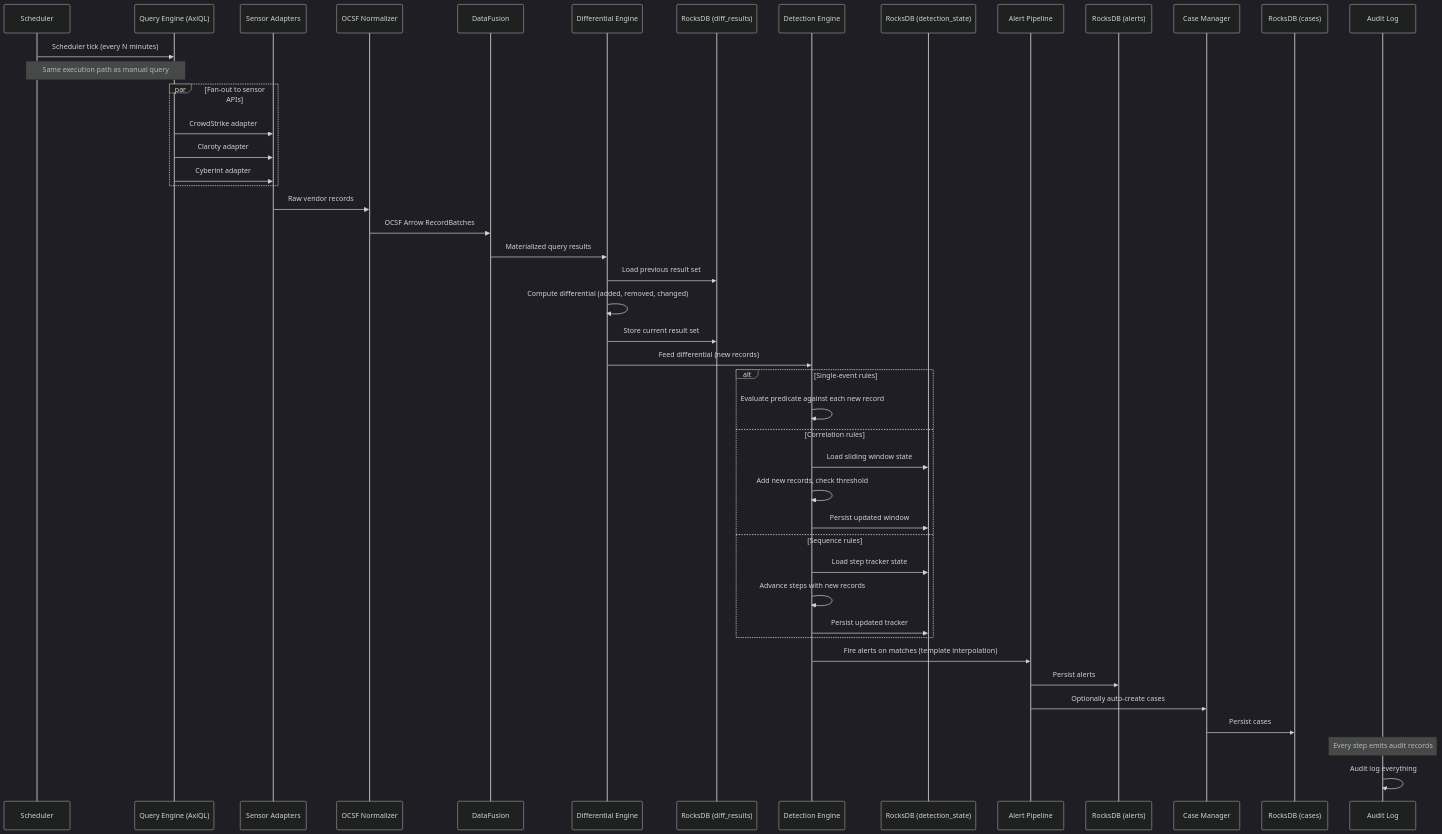
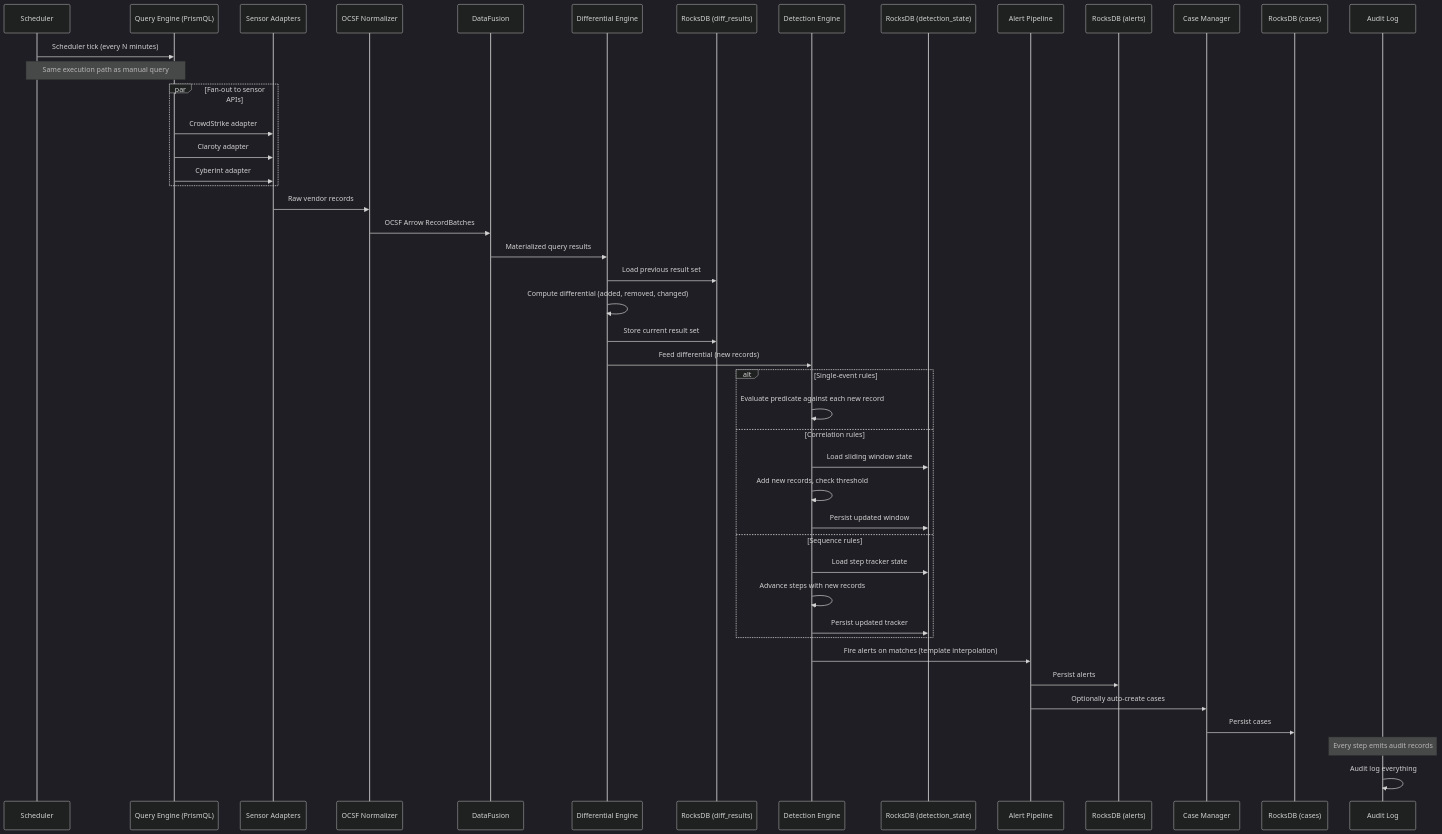
Before and after one commit to drbothen/prism: the diagram in specs/domain-spec/scheduled-detection-concept.md, drawn with Mermaid (dark theme). The commit also changed other lines of this file and 58 other files, not shown here.

````diff
--- a/specs/domain-spec/scheduled-detection-concept.md
+++ b/specs/domain-spec/scheduled-detection-concept.md
@@ -37,56 +37,56 @@
 ```mermaid
 sequenceDiagram
     participant SCH as Scheduler
-    participant QE as Query Engine (AxiQL)
+    participant QE as Query Engine (PrismQL)
     participant SA as Sensor Adapters
     participant N as OCSF Normalizer
     participant DF as DataFusion
     participant DIFF as Differential Engine
     participant DB as RocksDB (diff_results)
     participant DET as Detection Engine
     participant DS as RocksDB (detection_state)
     participant AL as Alert Pipeline
     participant AS as RocksDB (alerts)
     participant CM as Case Manager
     participant CS as RocksDB (cases)
     participant AUD as Audit Log
 
     SCH->>QE: Scheduler tick (every N minutes)
     Note over SCH,QE: Same execution path as manual query
 
     par Fan-out to sensor APIs
         QE->>SA: CrowdStrike adapter
         QE->>SA: Claroty adapter
         QE->>SA: Cyberint adapter
     end
 
     SA->>N: Raw vendor records
     N->>DF: OCSF Arrow RecordBatches
     DF->>DIFF: Materialized query results
 
     DIFF->>DB: Load previous result set
     DIFF->>DIFF: Compute differential (added, removed, changed)
     DIFF->>DB: Store current result set
 
     DIFF->>DET: Feed differential (new records)
 
     alt Single-event rules
         DET->>DET: Evaluate predicate against each new record
     else Correlation rules
         DET->>DS: Load sliding window state
         DET->>DET: Add new records, check threshold
         DET->>DS: Persist updated window
     else Sequence rules
         DET->>DS: Load step tracker state
         DET->>DET: Advance steps with new records
         DET->>DS: Persist updated tracker
     end
 
     DET->>AL: Fire alerts on matches (template interpolation)
     AL->>AS: Persist alerts
     AL->>CM: Optionally auto-create cases
     CM->>CS: Persist cases
 
     Note over AUD: Every step emits audit records
     AUD->>AUD: Audit log everything
 ```
````
